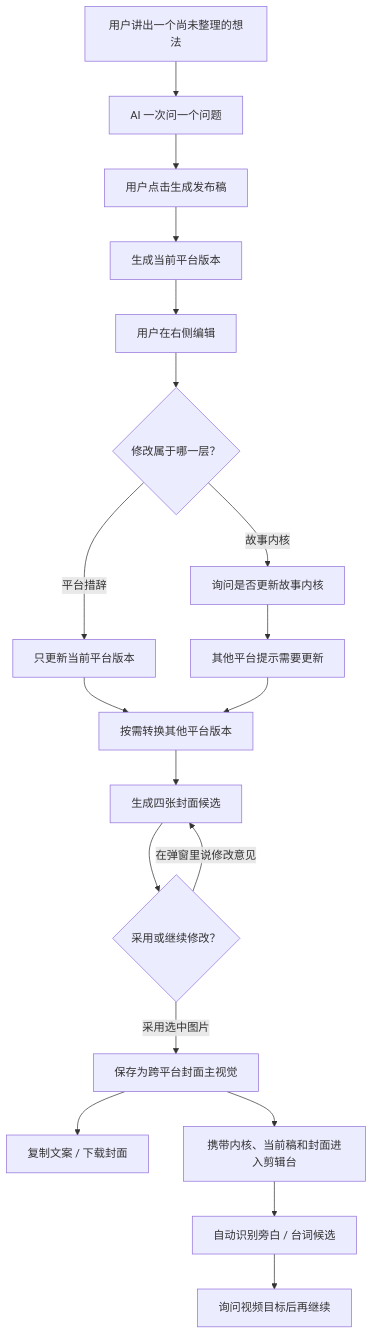
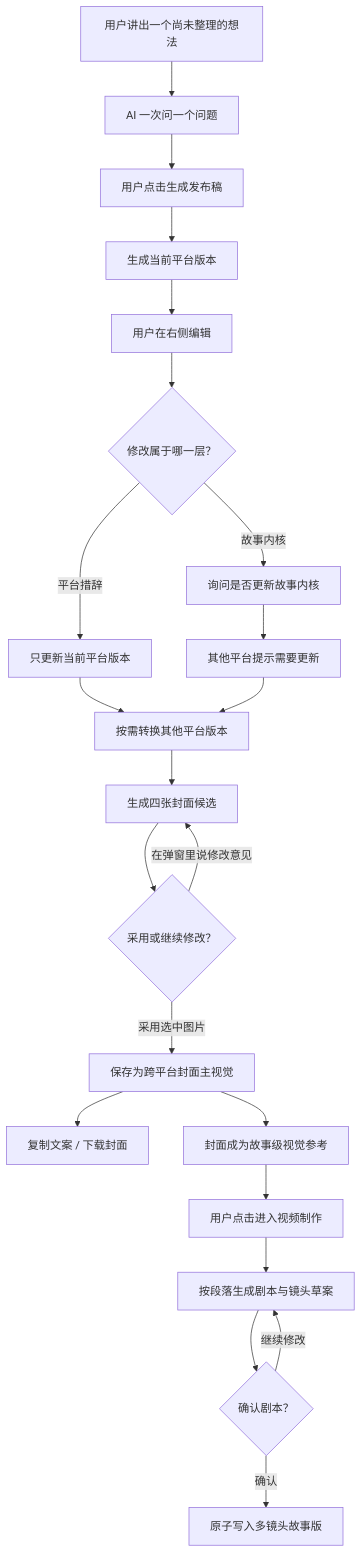
The diagram in docs/brainstorms/2026-08-05-publishing-draft-workspace-requirements.md (mountionzeng/Drinking-Time), drawn with Mermaid before and after one commit. The commit also changed other lines of this file and 75 other files, not shown here.

````diff
--- a/docs/brainstorms/2026-08-05-publishing-draft-workspace-requirements.md
+++ b/docs/brainstorms/2026-08-05-publishing-draft-workspace-requirements.md
@@ -23,21 +25,24 @@
 ```mermaid
 flowchart TB
     A["用户讲出一个尚未整理的想法"] --> B["AI 一次问一个问题"]
     B --> C["用户点击生成发布稿"]
     C --> D["生成当前平台版本"]
     D --> E["用户在右侧编辑"]
     E --> F{"修改属于哪一层？"}
     F -->|"平台措辞"| G["只更新当前平台版本"]
     F -->|"故事内核"| H["询问是否更新故事内核"]
     H --> I["其他平台提示需要更新"]
     G --> J["按需转换其他平台版本"]
     I --> J
     J --> K["生成四张封面候选"]
     K --> P{"采用或继续修改？"}
     P -->|"在弹窗里说修改意见"| K
     P -->|"采用选中图片"| L["保存为跨平台封面主视觉"]
     L --> Q["复制文案 / 下载封面"]
-    L --> M["携带内核、当前稿和封面进入剪辑台"]
-    M --> N["自动识别旁白 / 台词候选"]
-    N --> O["询问视频目标后再继续"]
+    L --> M["封面成为故事级视觉参考"]
+    M --> N["用户点击进入视频制作"]
+    N --> O["按段落生成剧本与镜头草案"]
+    O --> R{"确认剧本？"}
+    R -->|"继续修改"| O
+    R -->|"确认"| S["原子写入多镜头故事版"]
 ```
````
